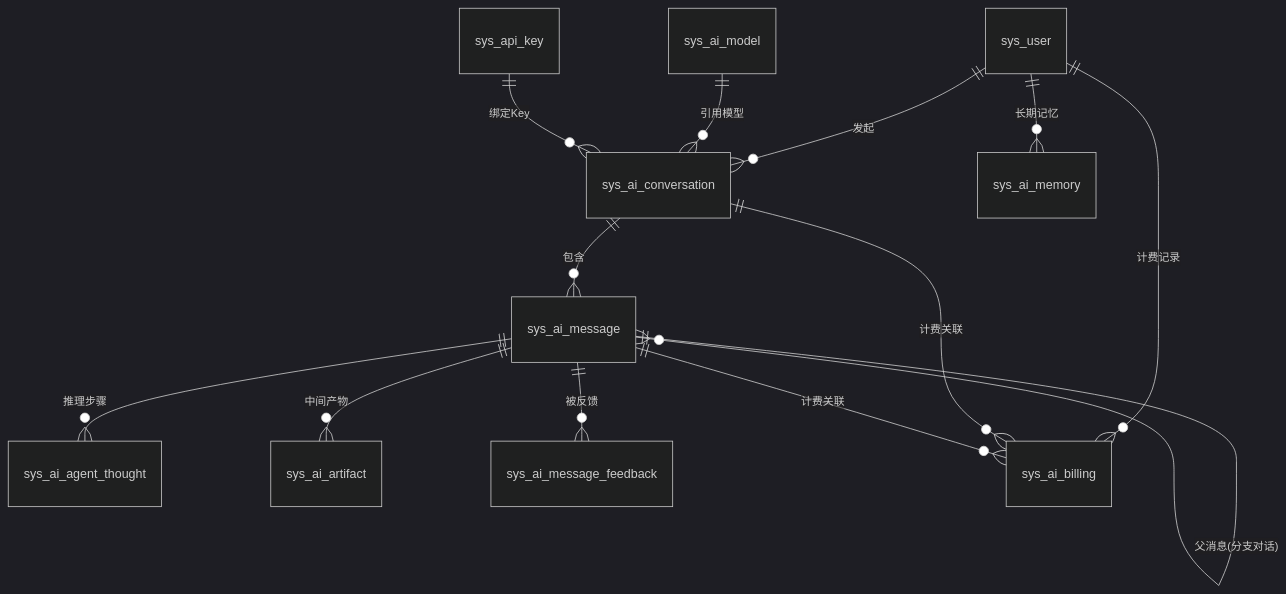
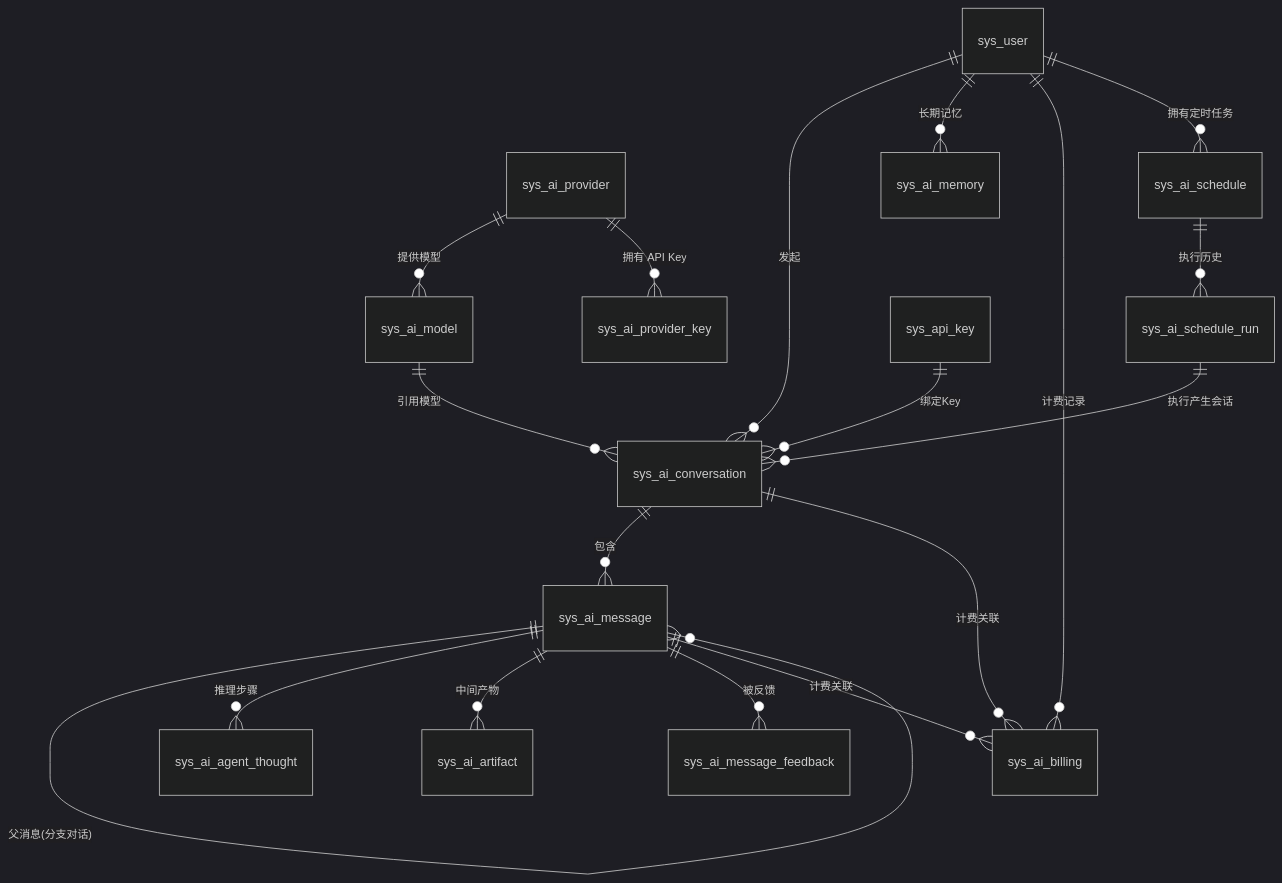
One commit to earthy-zinc/dehaze-system changed the sixth of 7 diagrams in dehaze-doc/docs/02-系统架构/03-数据库设计.md. Above: the diagram before and after it, drawn with Mermaid (dark theme). The commit also changed other lines of this file and 126 other files, not shown here.

````diff
--- a/dehaze-doc/docs/02-系统架构/03-数据库设计.md
+++ b/dehaze-doc/docs/02-系统架构/03-数据库设计.md
@@ -153,15 +132,20 @@
 ```mermaid
 erDiagram
     sys_user ||--o{ sys_ai_conversation : "发起"
+    sys_ai_provider ||--o{ sys_ai_model : "提供模型"
+    sys_ai_provider ||--o{ sys_ai_provider_key : "拥有 API Key"
     sys_ai_model ||--o{ sys_ai_conversation : "引用模型"
     sys_ai_conversation ||--o{ sys_ai_message : "包含"
     sys_ai_message ||--o{ sys_ai_message : "父消息(分支对话)"
     sys_ai_message ||--o{ sys_ai_agent_thought : "推理步骤"
     sys_ai_message ||--o{ sys_ai_artifact : "中间产物"
     sys_ai_message ||--o{ sys_ai_message_feedback : "被反馈"
     sys_user ||--o{ sys_ai_memory : "长期记忆"
     sys_user ||--o{ sys_ai_billing : "计费记录"
+    sys_user ||--o{ sys_ai_schedule : "拥有定时任务"
+    sys_ai_schedule ||--o{ sys_ai_schedule_run : "执行历史"
+    sys_ai_schedule_run ||--o{ sys_ai_conversation : "执行产生会话"
     sys_api_key ||--o{ sys_ai_conversation : "绑定Key"
     sys_ai_conversation ||--o{ sys_ai_billing : "计费关联"
     sys_ai_message ||--o{ sys_ai_billing : "计费关联"
 ```
````
